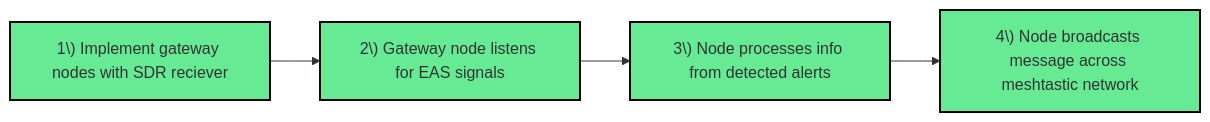
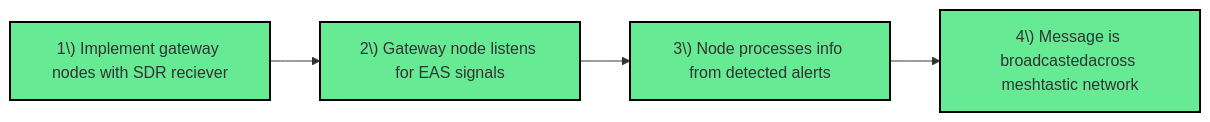
The third of 3 diagrams in CommsAppBuilding&EASGuide.md (hmelner/MeshtasticNetworkGuide), drawn with Mermaid before and after one commit.

````diff
--- a/CommsAppBuilding&EASGuide.md
+++ b/CommsAppBuilding&EASGuide.md
@@ -68,15 +68,15 @@
 ```mermaid
   graph LR
   A["1\) Implement gateway nodes with SDR reciever"]
   style A fill:#67ea94,stroke:#000000,stroke-width:2px
   B["2\) Gateway node listens for EAS signals"]
   style B fill:#67ea94,stroke:#000000,stroke-width:2px
   C["3\) Node processes info from detected alerts"]
   style C fill:#67ea94,stroke:#000000,stroke-width:2px
-  D["4\) Node broadcasts message across meshtastic network"]
+  D["4\) Message is broadcastedacross meshtastic network"]
   style D fill:#67ea94,stroke:#000000,stroke-width:2px
 
   A-->B
   B-->C
   C-->D
 ```
````
